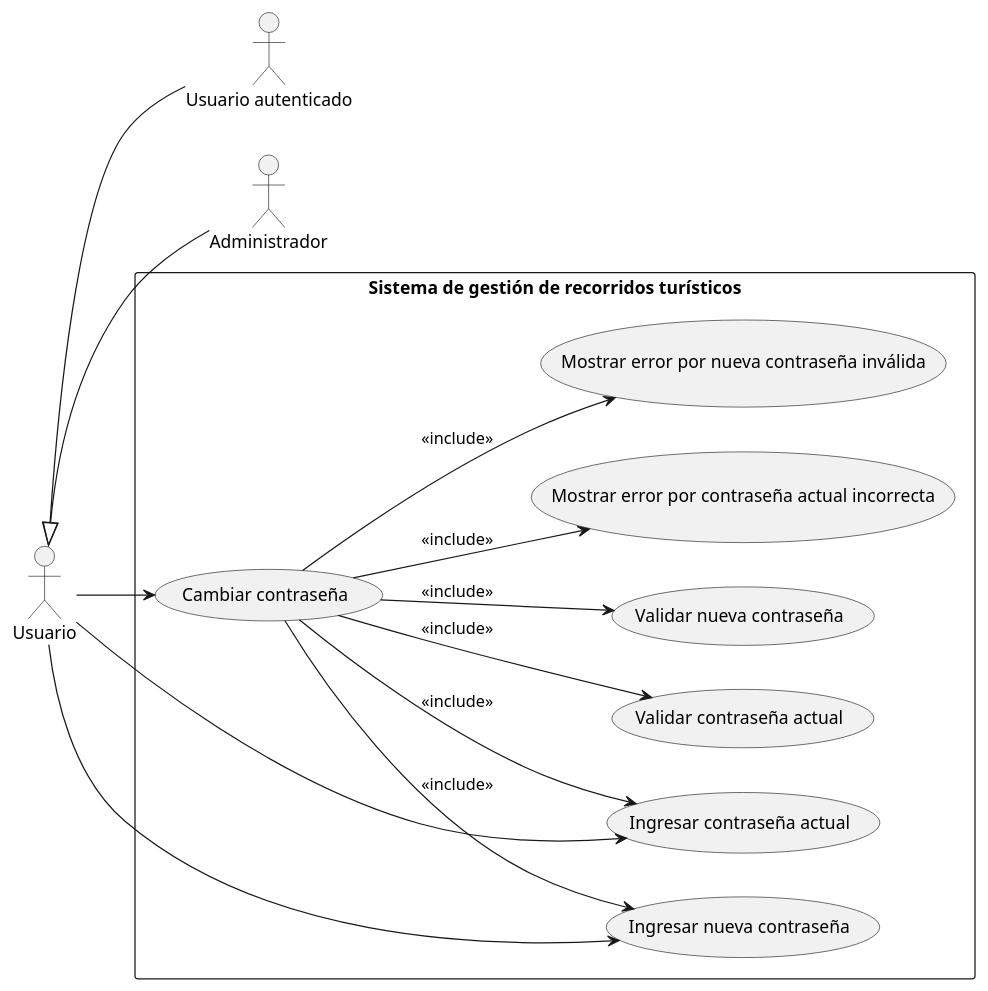
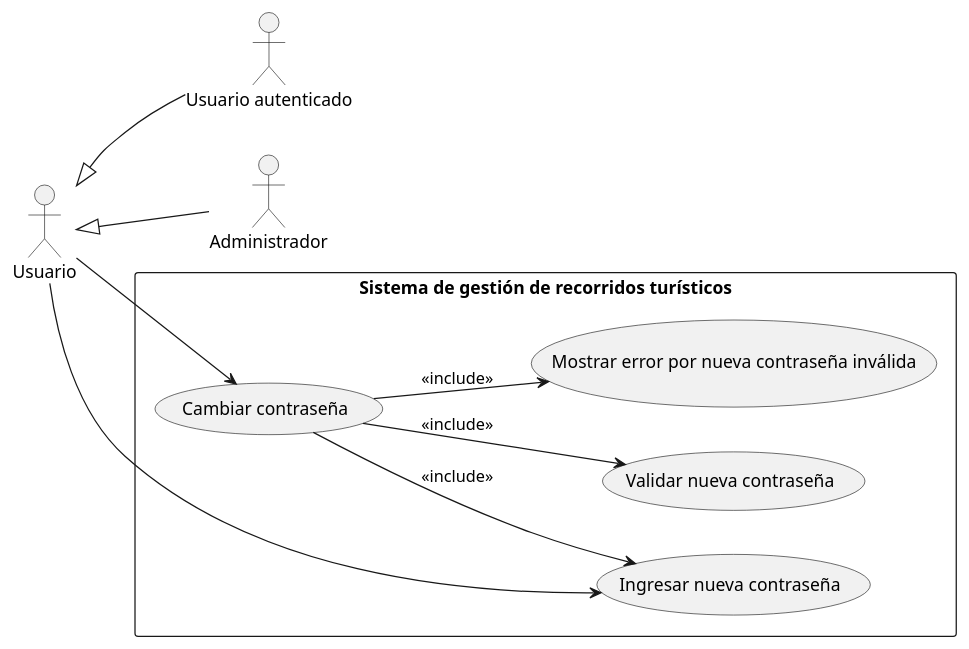
Before and after one commit to LauKnitIn/SISTEMA-GESTOR-DE-RECORRIDOS: the diagram in diagramas_modulo_autenticacion/casos-uso-modulo-autenticacion/CU_Cambiar_contraseña.puml, drawn with PlantUML. The commit also changed 2 other files, not shown here.

Commit message:
Corrección diagramas modulo de autenticacion

```diff
--- a/diagramas_modulo_autenticacion/casos-uso-modulo-autenticacion/CU_Cambiar_contraseña.puml
+++ b/diagramas_modulo_autenticacion/casos-uso-modulo-autenticacion/CU_Cambiar_contraseña.puml
@@ -1,31 +1,24 @@
 @startuml
 left to right direction
 
 actor Usuario
 actor "Usuario autenticado" as authUser
 actor Administrador
 
 Usuario <|-- authUser
 Usuario <|-- Administrador
 
 rectangle "Sistema de gestión de recorridos turísticos" {
   usecase "Cambiar contraseña" as UC_main
-  usecase "Ingresar contraseña actual" as UC1
-  usecase "Validar contraseña actual" as UC2
-  usecase "Ingresar nueva contraseña" as UC3
-  usecase "Validar nueva contraseña" as UC4
-  usecase "Mostrar error por contraseña actual incorrecta" as UC5
-  usecase "Mostrar error por nueva contraseña inválida" as UC6
+  usecase "Ingresar nueva contraseña" as UC1
+  usecase "Validar nueva contraseña" as UC2
+  usecase "Mostrar error por nueva contraseña inválida" as UC3
 
   UC_main --> UC1 : <<include>>
   UC_main --> UC2 : <<include>>
   UC_main --> UC3 : <<include>>
-  UC_main --> UC4 : <<include>>
-  UC_main --> UC5 : <<include>>
-  UC_main --> UC6 : <<include>>
 }
 
 Usuario --> UC_main
 Usuario --> UC1
-Usuario --> UC3
 @enduml
```
